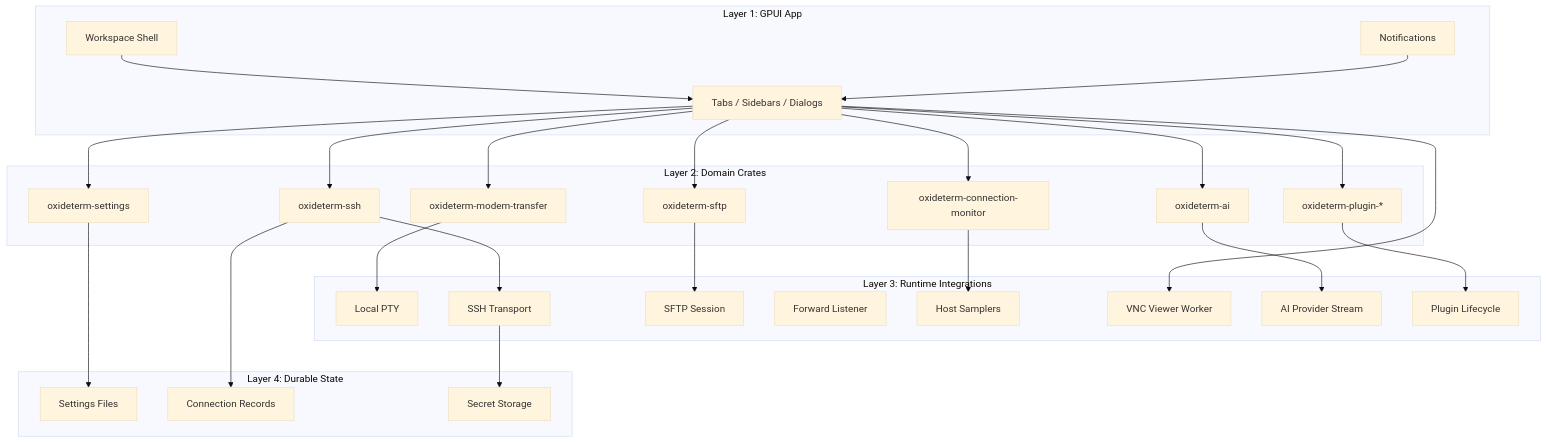
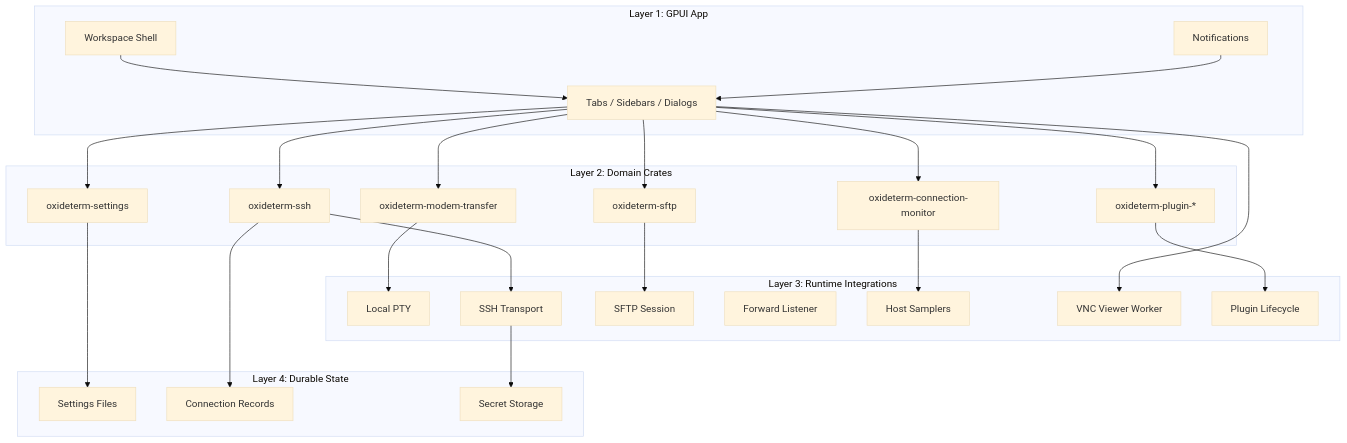
The fourth of 12 diagrams in docs/user-guide/en/architecture.md (imeilige/oxideterm), drawn with Mermaid (base theme) before and after one commit. The commit also changed other lines of this file and 339 other files, not shown here.

````diff
--- a/docs/user-guide/en/architecture.md
+++ b/docs/user-guide/en/architecture.md
@@ -332,55 +318,51 @@
 ```mermaid
 flowchart TB
     subgraph UI["Layer 1: GPUI App"]
         Workspace["Workspace Shell"]
         Surfaces["Tabs / Sidebars / Dialogs"]
         Notifications["Notifications"]
     end
 
     subgraph Domain["Layer 2: Domain Crates"]
         Ssh["oxideterm-ssh"]
         Sftp["oxideterm-sftp"]
         MonitorDomain["oxideterm-connection-monitor"]
         ModemDomain["oxideterm-modem-transfer"]
-        Ai["oxideterm-ai"]
         SettingsDomain["oxideterm-settings"]
         PluginsDomain["oxideterm-plugin-*"]
     end
 
     subgraph RuntimeIntegration["Layer 3: Runtime Integrations"]
         PtyRuntime["Local PTY"]
         SshRuntime["SSH Transport"]
         SftpRuntime["SFTP Session"]
         ForwardRuntime["Forward Listener"]
         HostSampler["Host Samplers"]
         GraphicsRuntime["VNC Viewer Worker"]
-        ProviderRuntime["AI Provider Stream"]
         PluginRuntime["Plugin Lifecycle"]
     end
 
     subgraph Durable["Layer 4: Durable State"]
         SettingsFiles["Settings Files"]
         ConnectionFiles["Connection Records"]
         Keychain["Secret Storage"]
     end
 
     Workspace --> Surfaces
     Surfaces --> Ssh
     Surfaces --> Sftp
     Surfaces --> MonitorDomain
     Surfaces --> ModemDomain
     Surfaces --> GraphicsRuntime
-    Surfaces --> Ai
     Surfaces --> SettingsDomain
     Surfaces --> PluginsDomain
     Ssh --> SshRuntime
     Sftp --> SftpRuntime
     MonitorDomain --> HostSampler
     ModemDomain --> PtyRuntime
-    Ai --> ProviderRuntime
     PluginsDomain --> PluginRuntime
     SshRuntime --> Keychain
     SettingsDomain --> SettingsFiles
     Ssh --> ConnectionFiles
     Notifications --> Surfaces
 ```
````
